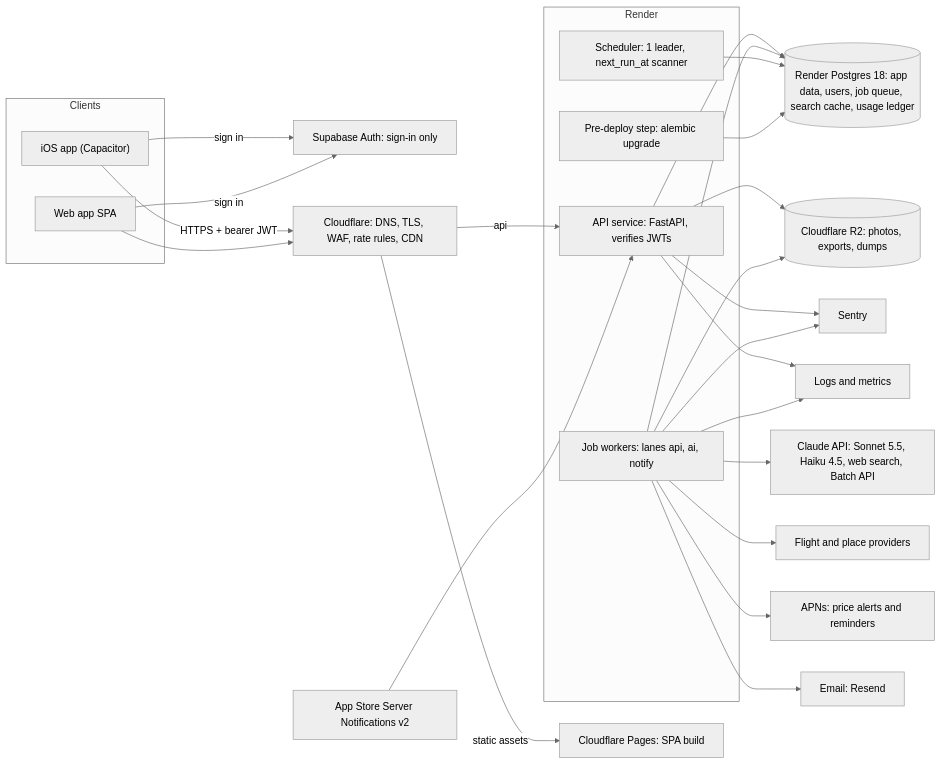
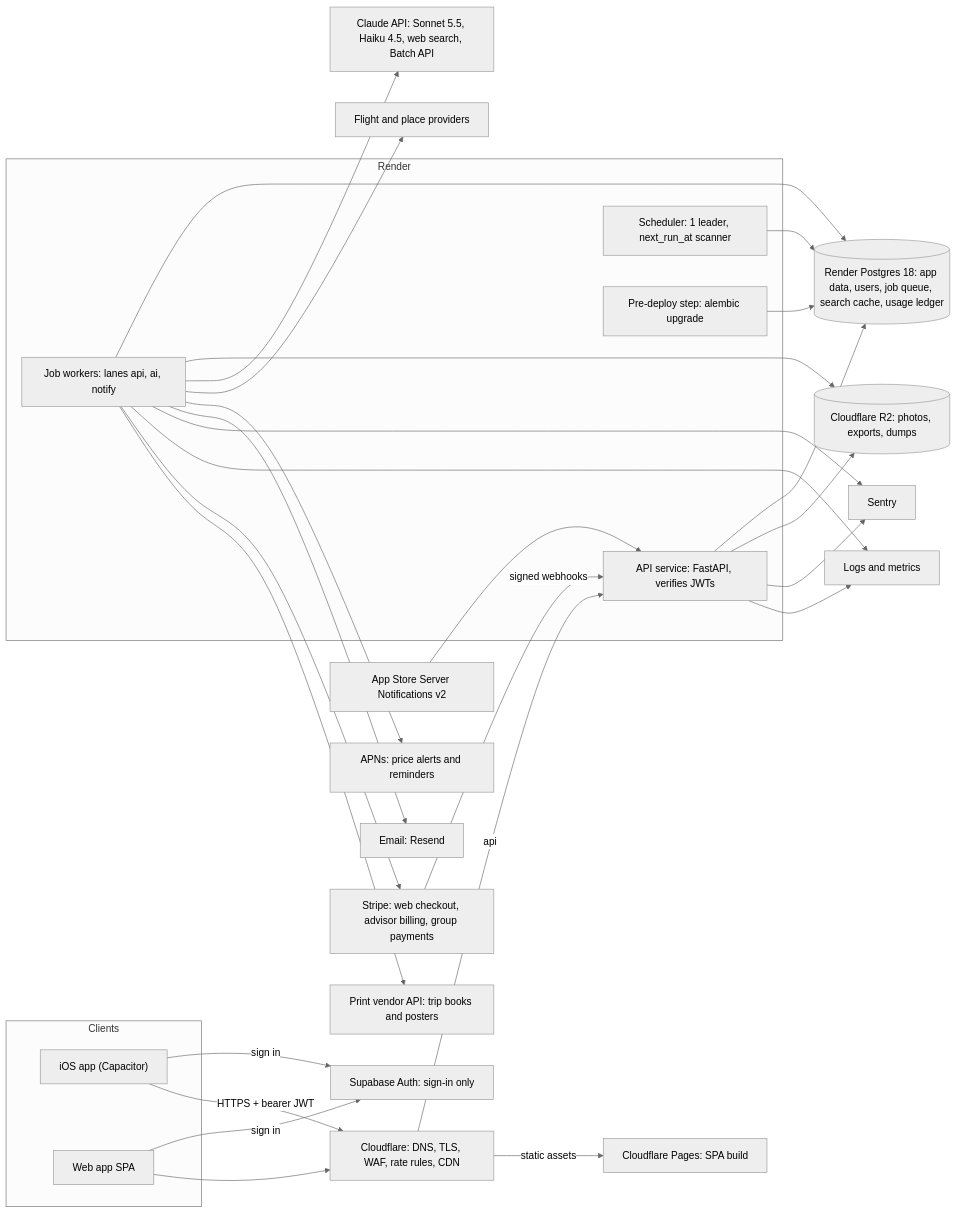
Before and after one commit to avillalv/trip-planner: the diagram in business-plan/05-infrastructure.md, drawn with Mermaid (neutral theme). The commit also changed other lines of this file and 3 other files, not shown here.

````diff
--- a/business-plan/05-infrastructure.md
+++ b/business-plan/05-infrastructure.md
@@ -53,43 +53,46 @@
 ```mermaid
 flowchart LR
     subgraph Clients
         IOS["iOS app (Capacitor)"]
         WEB["Web app SPA"]
     end
 
     AUTH["Supabase Auth: sign-in only"]
     CF["Cloudflare: DNS, TLS, WAF, rate rules, CDN"]
     IOS -->|"sign in"| AUTH
     WEB -->|"sign in"| AUTH
     IOS -->|"HTTPS + bearer JWT"| CF
     WEB --> CF
     CF -->|"static assets"| PAGES["Cloudflare Pages: SPA build"]
     CF -->|"api"| API
 
     subgraph Compute["Render"]
         API["API service: FastAPI, verifies JWTs"]
         WK["Job workers: lanes api, ai, notify"]
         SCH["Scheduler: 1 leader, next_run_at scanner"]
         REL["Pre-deploy step: alembic upgrade"]
     end
 
     API --> PG[("Render Postgres 18: app data, users, job queue, search cache, usage ledger")]
     WK --> PG
     SCH --> PG
     REL --> PG
 
     API --> R2[("Cloudflare R2: photos, exports, dumps")]
     WK --> R2
 
     WK --> ANTH["Claude API: Sonnet 5.5, Haiku 4.5, web search, Batch API"]
     WK --> FLT["Flight and place providers"]
     WK --> APNS["APNs: price alerts and reminders"]
     WK --> MAIL["Email: Resend"]
 
     API --> SEN["Sentry"]
     WK --> SEN
     API --> OBS["Logs and metrics"]
     WK --> OBS
 
     APPLE["App Store Server Notifications v2"] --> API
+    STRIPE["Stripe: web checkout, advisor billing, group payments"] -->|"signed webhooks"| API
+    WK --> STRIPE
+    WK --> PRINT["Print vendor API: trip books and posters"]
 ```
````
